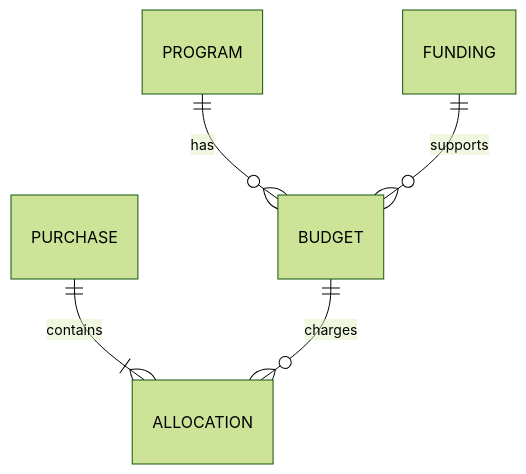
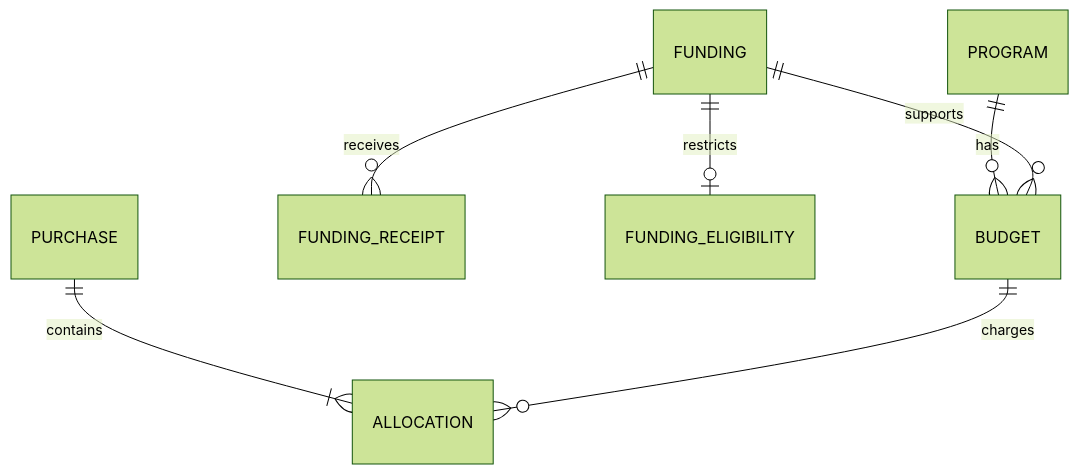
The diagram in docs/architecture.md (JayJPatel223/ASUFC), drawn with Mermaid (forest theme) before and after one commit. The commit also changed other lines of this file and 10 other files, not shown here.

````diff
--- a/docs/architecture.md
+++ b/docs/architecture.md
@@ -6,7 +13,9 @@
 ```mermaid
 erDiagram
  PROGRAM ||--o{ BUDGET : has
  FUNDING ||--o{ BUDGET : supports
+ FUNDING ||--o{ FUNDING_RECEIPT : receives
+ FUNDING ||--o| FUNDING_ELIGIBILITY : restricts
  PURCHASE ||--|{ ALLOCATION : contains
  BUDGET ||--o{ ALLOCATION : charges
 ```
````
